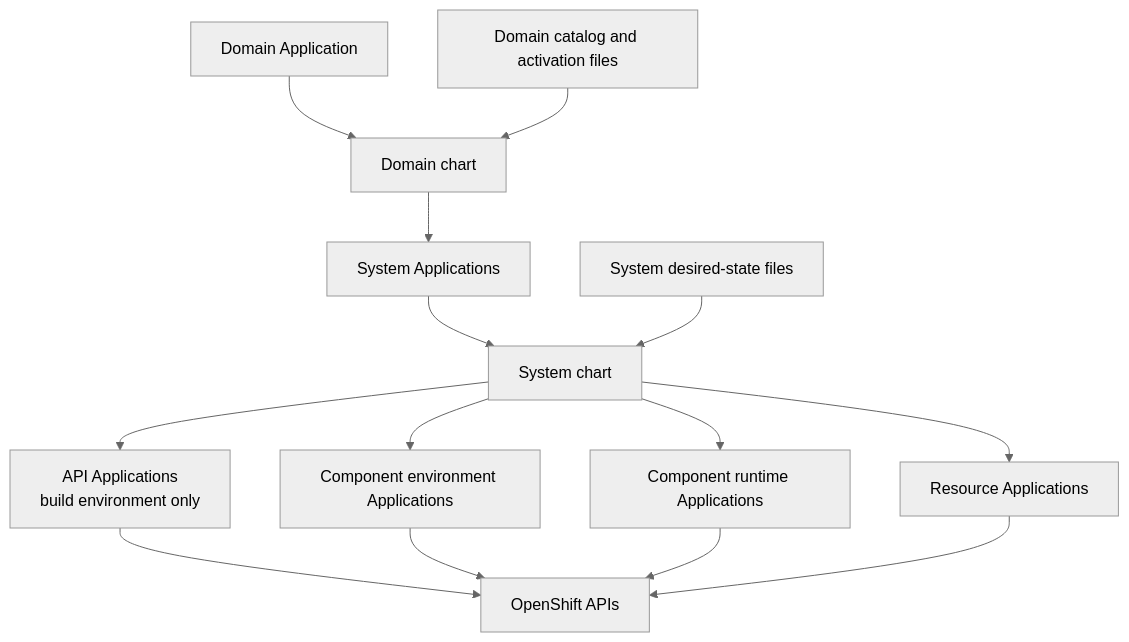
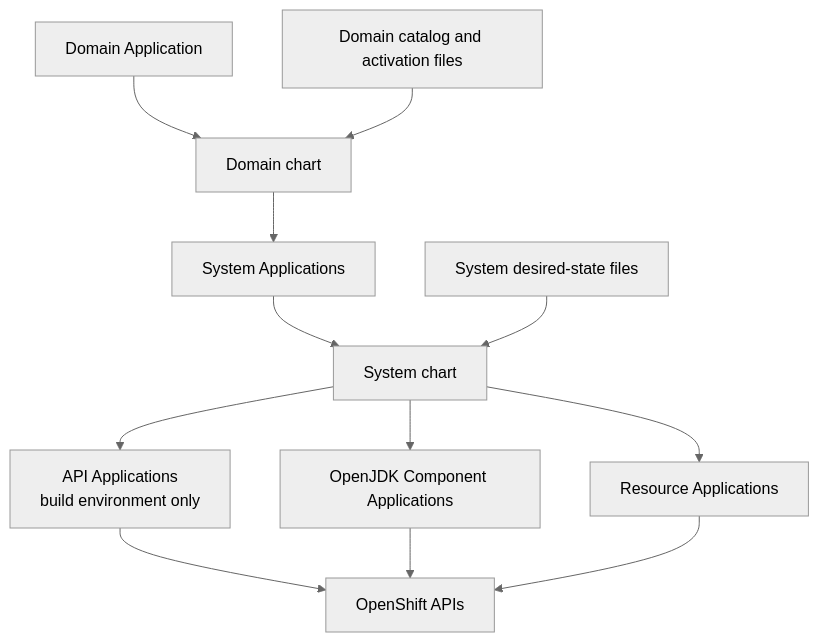
One commit to contract-first-idp-test/developer-charts changed the first of 6 diagrams in docs/architecture.md. Above: the diagram before and after it, drawn with Mermaid (neutral theme). The commit also changed other lines of this file and 42 other files, not shown here.

Commit message:
refactor chart paths

````diff
--- a/docs/architecture.md
+++ b/docs/architecture.md
@@ -37,18 +37,16 @@
 ```mermaid
 flowchart TD
     accTitle: Developer chart control flow
     accDescr: Domain and System tenant repositories feed their matching charts. The System chart creates build-environment API Applications plus Component and Resource Applications that reconcile OpenShift APIs.
     entry[Domain Application] --> domain[Domain chart]
     domainGit[Domain catalog and activation files] --> domain
     domain --> systemApps[System Applications]
     systemApps --> system[System chart]
     systemGit[System desired-state files] --> system
     system --> apiApps["API Applications<br/>build environment only"]
-    system --> componentInfraApps[Component environment Applications]
-    system --> componentRuntimeApps[Component runtime Applications]
+    system --> componentApps[OpenJDK Component Applications]
     system --> resourceApps[Resource Applications]
     apiApps --> cluster[OpenShift APIs]
-    componentInfraApps --> cluster
-    componentRuntimeApps --> cluster
+    componentApps --> cluster
     resourceApps --> cluster
 ```
````
